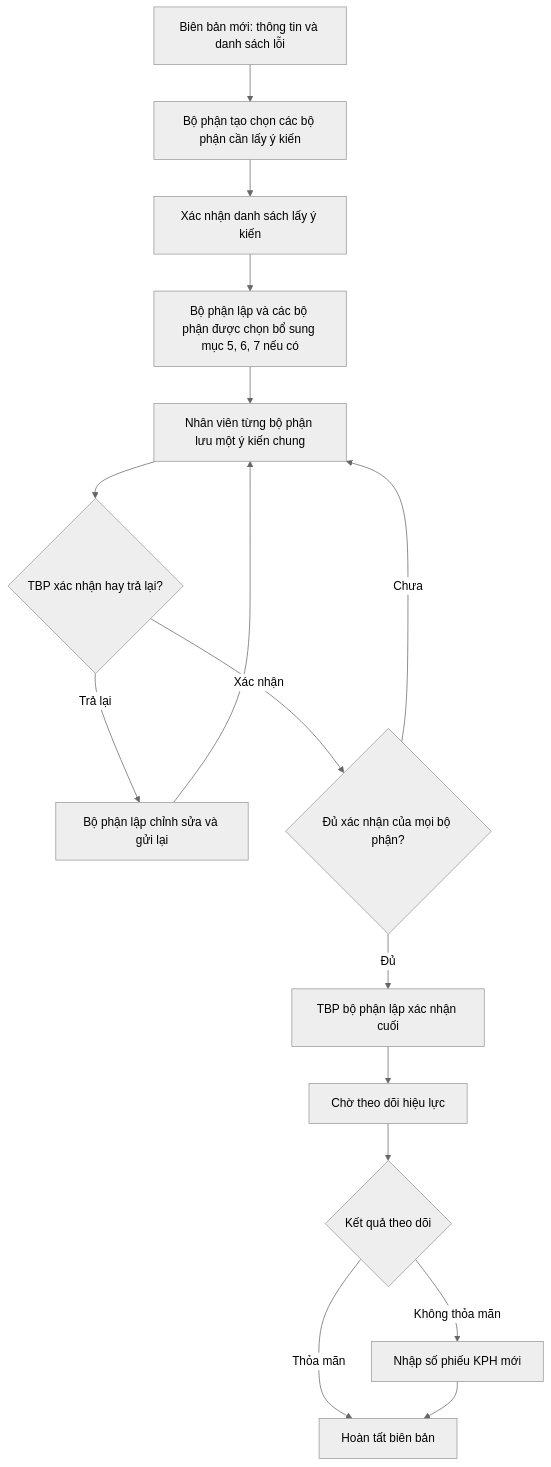
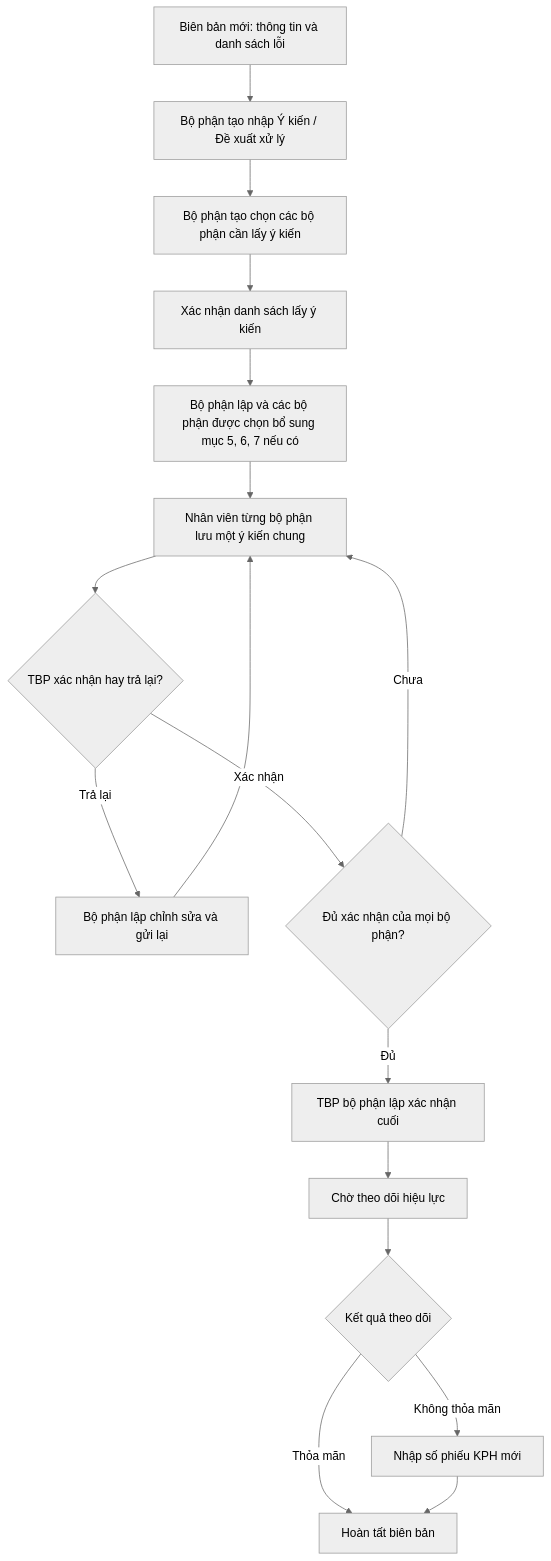
One commit to duyy1805/SoHoaBBK changed the ninth of 12 diagrams in docs/HUONG_DAN_LUONG_SO_HOA_KIEM_VA_BIEN_BAN.md. Above: the diagram before and after it, drawn with Mermaid (neutral theme). The commit also changed other lines of this file and 13 other files, not shown here.

````diff
--- a/docs/HUONG_DAN_LUONG_SO_HOA_KIEM_VA_BIEN_BAN.md
+++ b/docs/HUONG_DAN_LUONG_SO_HOA_KIEM_VA_BIEN_BAN.md
@@ -369,18 +374,19 @@
 ```mermaid
 flowchart TD
-    A["Biên bản mới: thông tin và danh sách lỗi"] --> B["Bộ phận tạo chọn các bộ phận cần lấy ý kiến"]
+    A["Biên bản mới: thông tin và danh sách lỗi"] --> A1["Bộ phận tạo nhập Ý kiến / Đề xuất xử lý"]
+    A1 --> B["Bộ phận tạo chọn các bộ phận cần lấy ý kiến"]
     B --> C["Xác nhận danh sách lấy ý kiến"]
     C --> D["Bộ phận lập và các bộ phận được chọn bổ sung mục 5, 6, 7 nếu có"]
     D --> E["Nhân viên từng bộ phận lưu một ý kiến chung"]
     E --> F{"TBP xác nhận hay trả lại?"}
     F -->|"Trả lại"| G["Bộ phận lập chỉnh sửa và gửi lại"]
     G --> E
     F -->|"Xác nhận"| H{"Đủ xác nhận của mọi bộ phận?"}
     H -->|"Chưa"| E
     H -->|"Đủ"| I["TBP bộ phận lập xác nhận cuối"]
     I --> J["Chờ theo dõi hiệu lực"]
     J --> K{"Kết quả theo dõi"}
     K -->|"Thỏa mãn"| L["Hoàn tất biên bản"]
     K -->|"Không thỏa mãn"| M["Nhập số phiếu KPH mới"]
     M --> L
 ```
````
